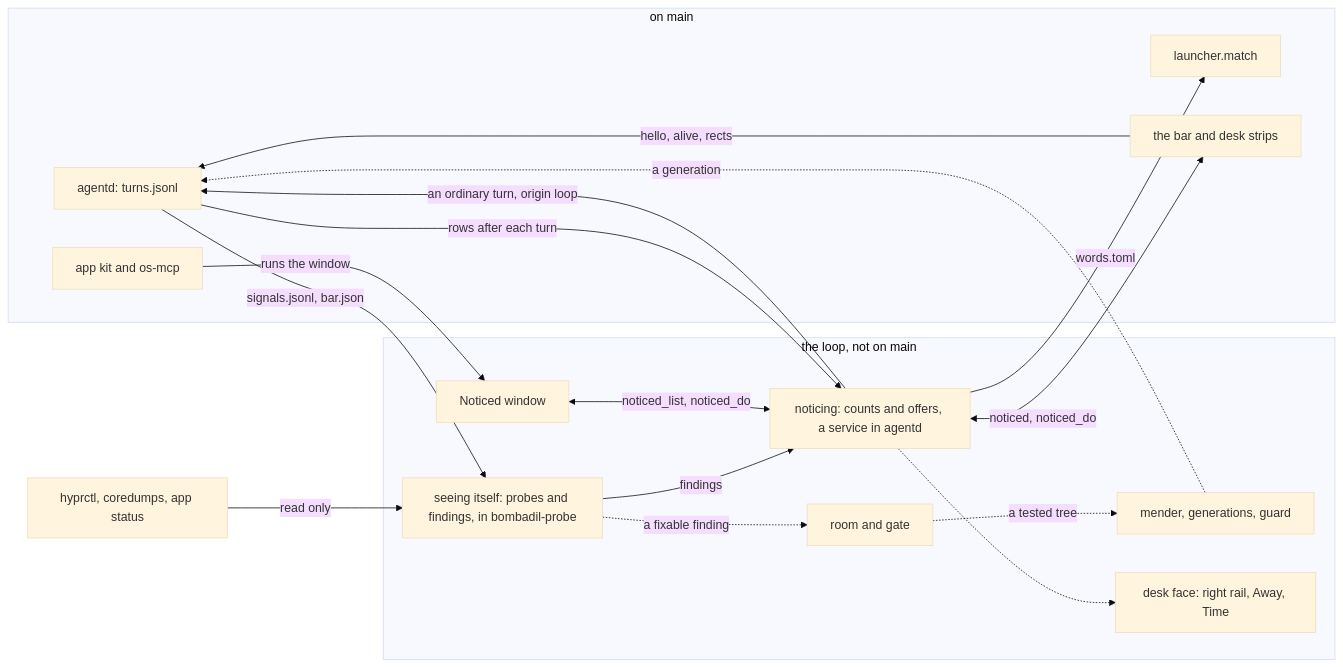
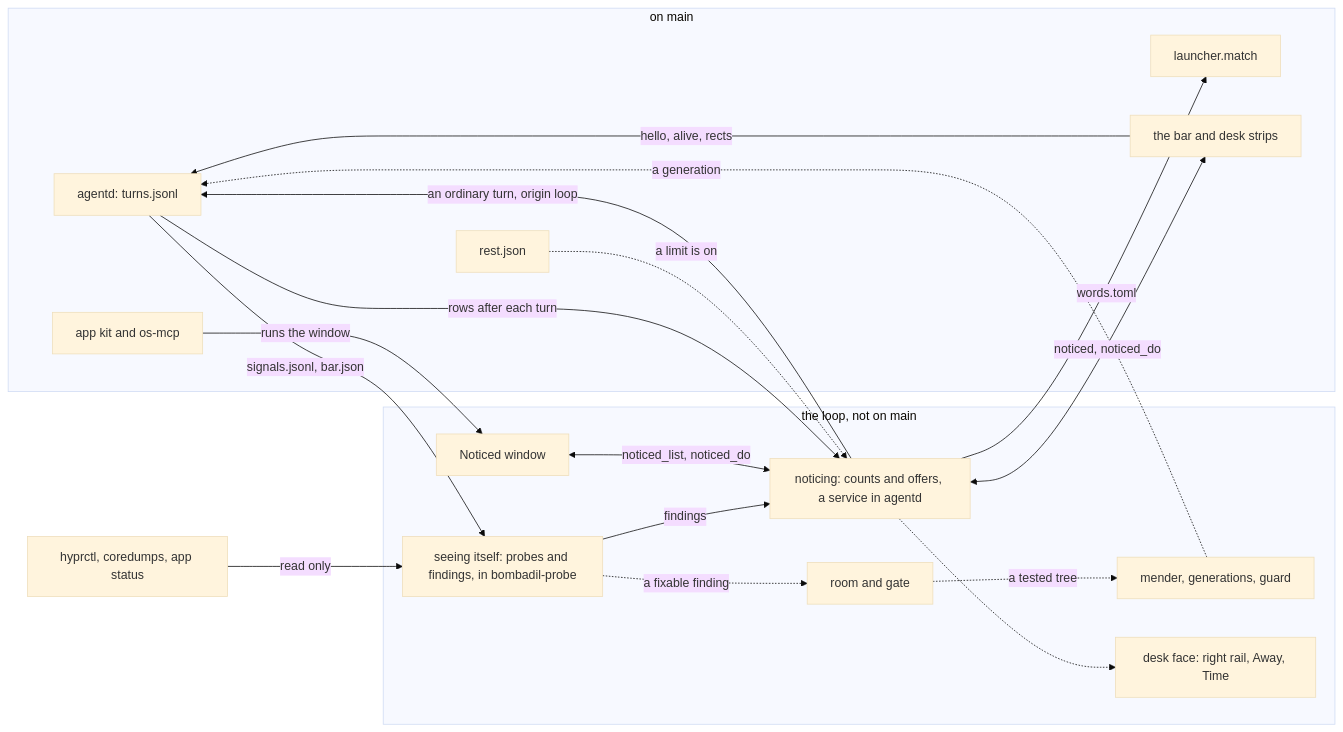
One commit to thedefaultman/Bombadil changed the diagram in docs/architecture/loop.md. Above: the diagram before and after it, drawn with Mermaid (base theme). The commit also changed other lines of this file and 18 other files, not shown here.

First line of the commit message:
docs: architecture page updates against current main (checks interrupted)

````diff
--- a/docs/architecture/loop.md
+++ b/docs/architecture/loop.md
@@ -21,32 +21,34 @@
 ```mermaid
 flowchart LR
     subgraph onmain["on main"]
         AGENTD["agentd: turns.jsonl"]
         LAUNCH["launcher.match"]
         BAR["the bar and desk strips"]
         KIT["app kit and os-mcp"]
+        REST["rest.json"]
     end
     HOST["hyprctl, coredumps, app status"]
     subgraph loop["the loop, not on main"]
         NOTICE["noticing: counts and offers, a service in agentd"]
         SEE["seeing itself: probes and findings, in bombadil-probe"]
         WIN["Noticed window"]
         GATE["room and gate"]
         MEND["mender, generations, guard"]
         FACE["desk face: right rail, Away, Time"]
     end
     AGENTD -->|"rows after each turn"| NOTICE
     NOTICE -->|"an ordinary turn, origin loop"| AGENTD
     NOTICE -->|"words.toml"| LAUNCH
     NOTICE <-->|"noticed, noticed_do"| BAR
     BAR -->|"hello, alive, rects"| AGENTD
     AGENTD -->|"signals.jsonl, bar.json"| SEE
     HOST -->|"read only"| SEE
     SEE -->|"findings"| NOTICE
     KIT -->|"runs the window"| WIN
     WIN <-->|"noticed_list, noticed_do"| NOTICE
     SEE -.->|"a fixable finding"| GATE
     GATE -.->|"a tested tree"| MEND
     MEND -.->|"a generation"| AGENTD
     NOTICE -.-> FACE
+    REST -.->|"a limit is on"| NOTICE
 ```
````
